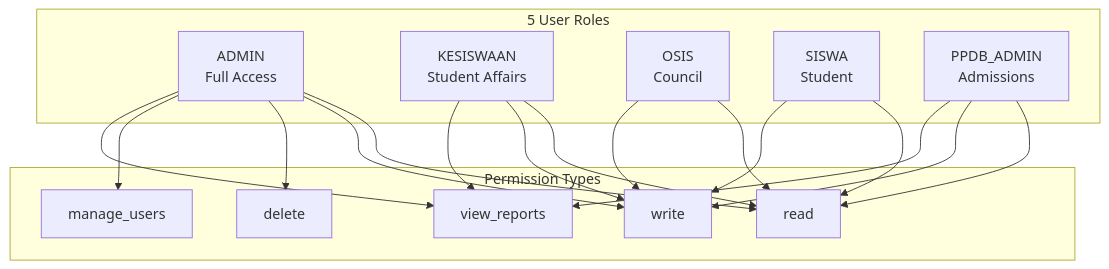
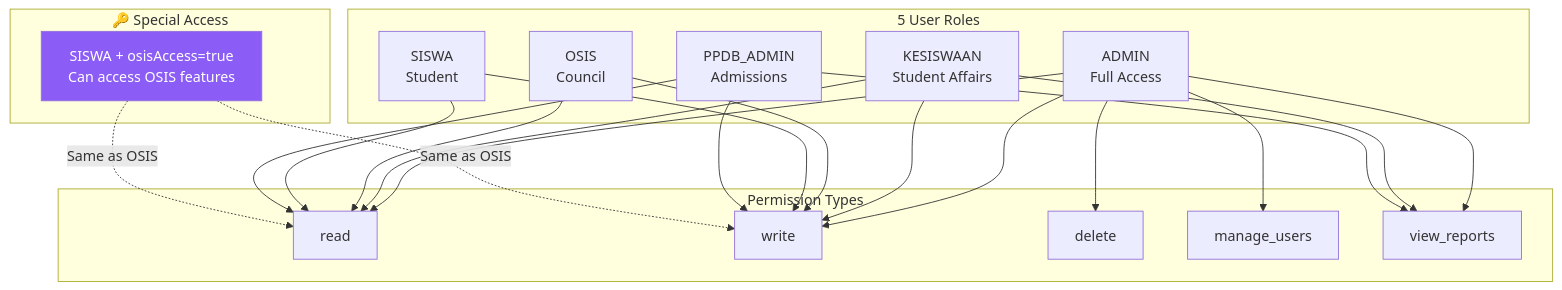
One commit to blackjac7/website-school-smpipyakin changed the sixth of 11 diagrams in docs/ARCHITECTURE.md. Above: the diagram before and after it, drawn with Mermaid. The commit also changed other lines of this file and 2 other files, not shown here.

Commit message:
feat: introduce comprehensive technical architecture and security documentation, alongside enhancements to RBAC and server action authentication.

````diff
--- a/docs/ARCHITECTURE.md
+++ b/docs/ARCHITECTURE.md
@@ -261,24 +261,31 @@
 ```mermaid
 graph TB
     subgraph Roles["5 User Roles"]
         Admin[ADMIN<br/>Full Access]
         Kesiswaan[KESISWAAN<br/>Student Affairs]
         OSIS[OSIS<br/>Council]
         Siswa[SISWA<br/>Student]
         PPDB[PPDB_ADMIN<br/>Admissions]
+    end
+
+    subgraph Special["🔑 Special Access"]
+        OsisAccess[SISWA + osisAccess=true<br/>Can access OSIS features]
     end
 
     subgraph Permissions["Permission Types"]
         Read[read]
         Write[write]
         Delete[delete]
         ManageUsers[manage_users]
         ViewReports[view_reports]
     end
 
     Admin --> Read & Write & Delete & ManageUsers & ViewReports
     Kesiswaan --> Read & Write & ViewReports
     OSIS --> Read & Write
     Siswa --> Read & Write
     PPDB --> Read & Write & ViewReports
+    OsisAccess -.->|Same as OSIS| Read & Write
+
+    style OsisAccess fill:#8b5cf6,color:#fff
 ```
````
